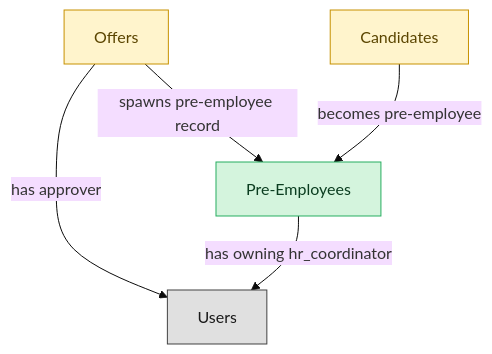
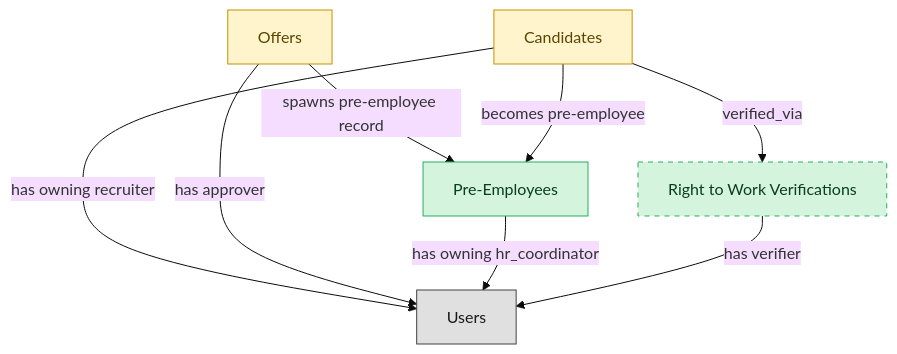
The diagram in blueprints/ats-pre-employee-record-semantic-blueprint.md (semantius/semantius), drawn with Mermaid (base theme) before and after one commit. The commit also changed other lines of this file and 255 other files, not shown here.

````diff
--- a/blueprints/ats-pre-employee-record-semantic-blueprint.md
+++ b/blueprints/ats-pre-employee-record-semantic-blueprint.md
@@ -28,18 +33,24 @@
 ```mermaid
 flowchart TD
   classDef master fill:#d4f4dd,stroke:#27ae60,color:#0b3d20;
   classDef embedded_master fill:#fff4cc,stroke:#c79100,color:#5b4500;
   classDef platform_builtin fill:#e0e0e0,stroke:#424242,color:#1a1a1a;
   pre_employees["Pre-Employees"]
   candidates["Candidates"]
   job_offers["Offers"]
+  right_to_work_verifications["Right to Work Verifications"]
   users["Users"]
+  candidates -->|"verified_via"| right_to_work_verifications
   job_offers -->|"spawns pre-employee record"| pre_employees
   candidates -->|"becomes pre-employee"| pre_employees
+  candidates -->|"has owning recruiter"| users
   job_offers -->|"has approver"| users
   pre_employees -->|"has owning hr_coordinator"| users
+  right_to_work_verifications -->|"has verifier"| users
   class pre_employees master;
   class candidates embedded_master;
   class job_offers embedded_master;
+  class right_to_work_verifications master;
   class users platform_builtin;
+  style right_to_work_verifications stroke-dasharray:5 5;
 ```
````
